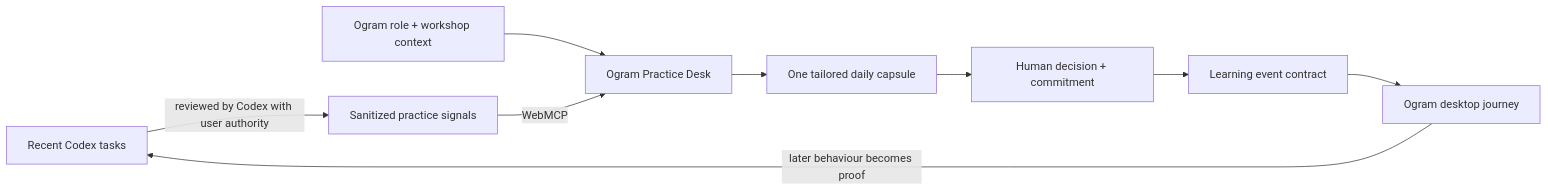
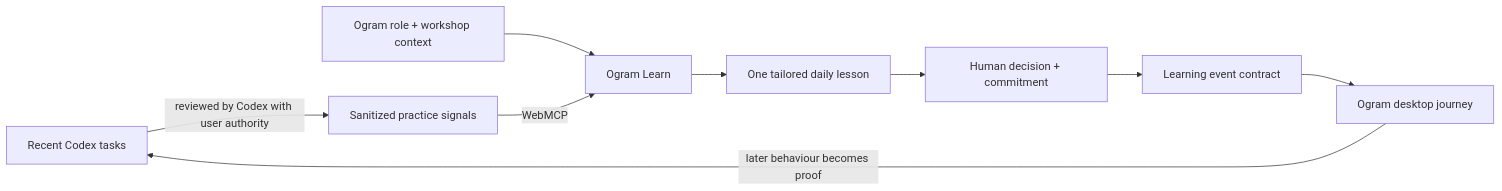
The diagram in README.md (self-tech-labs/agentic-textbook), drawn with Mermaid before and after one commit. The commit also changed other lines of this file and 22 other files, not shown here.

Commit message:
feat: turn Ogram Learn into guided WebMCP lessons

````diff
--- a/README.md
+++ b/README.md
@@ -11,11 +11,11 @@
 ```mermaid
 flowchart LR
   A[Recent Codex tasks] -->|reviewed by Codex with user authority| B[Sanitized practice signals]
-  C[Ogram role + workshop context] --> D[Ogram Practice Desk]
+  C[Ogram role + workshop context] --> D[Ogram Learn]
   B -->|WebMCP| D
-  D --> E[One tailored daily capsule]
+  D --> E[One tailored daily lesson]
   E --> F[Human decision + commitment]
   F --> G[Learning event contract]
   G --> H[Ogram desktop journey]
   H -->|later behaviour becomes proof| A
 ```
````
